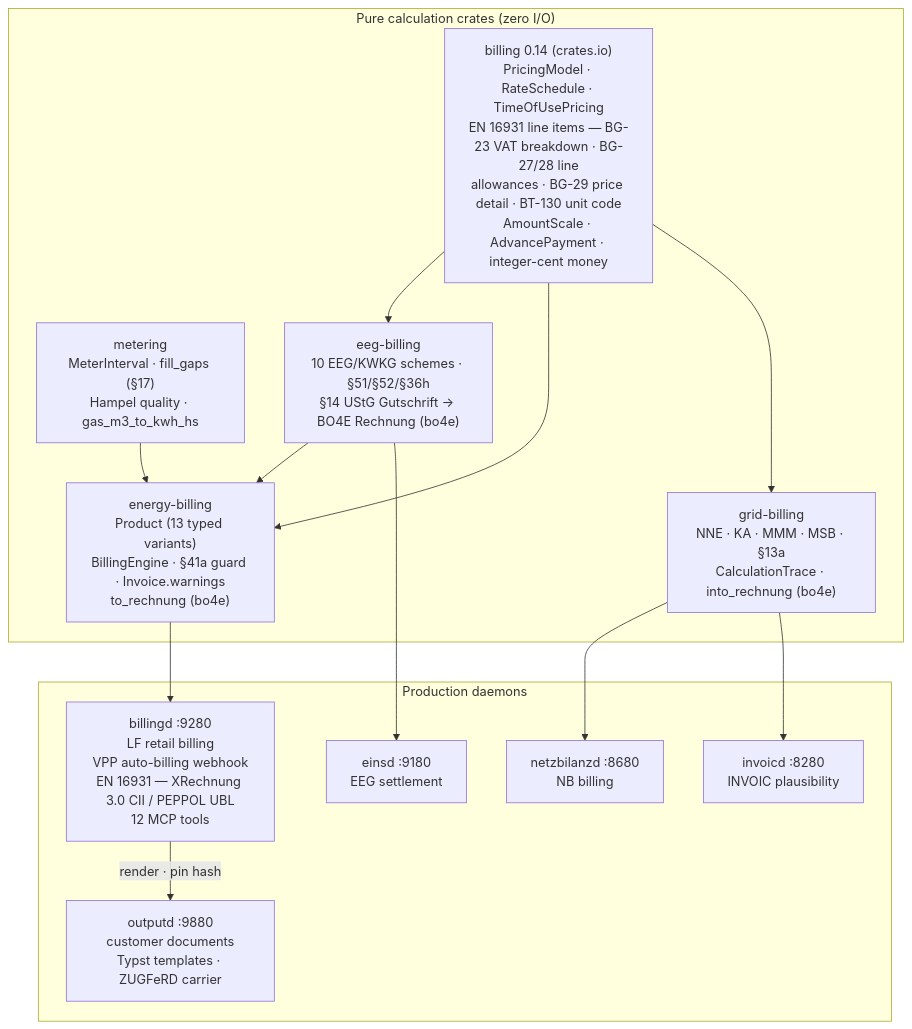
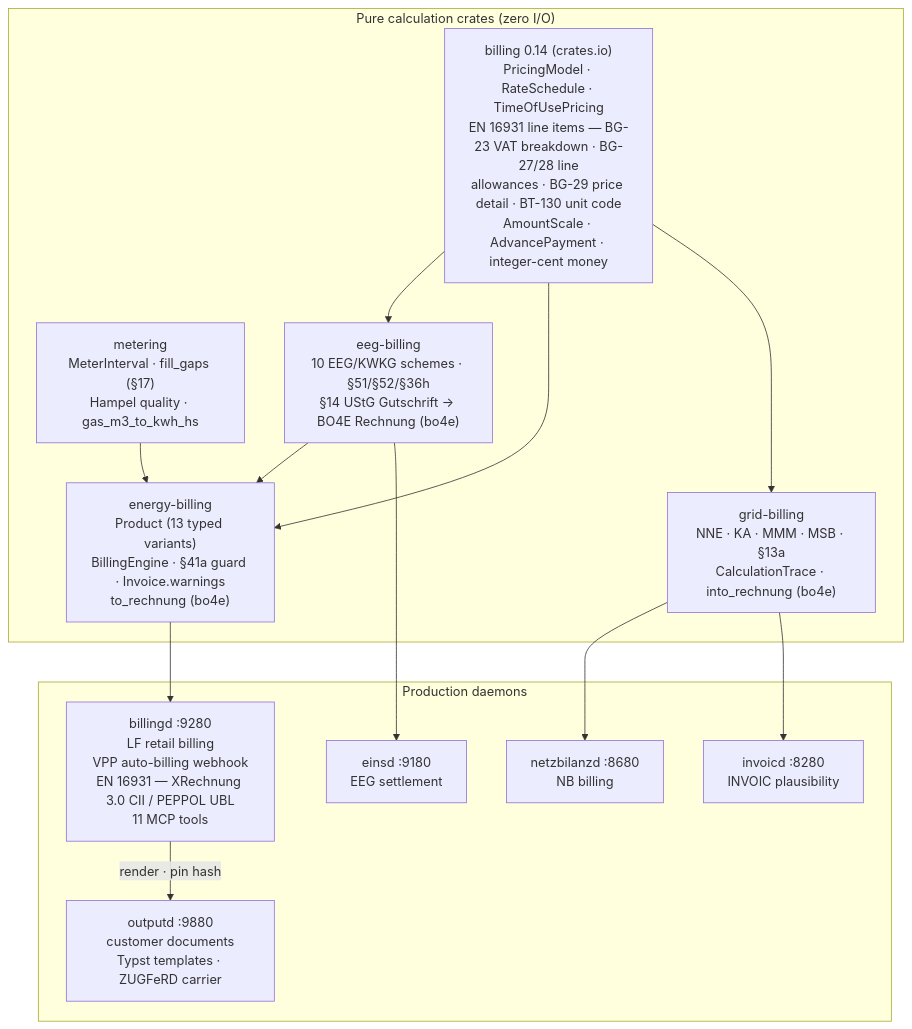
One commit to hupe1980/mako changed the third of 5 diagrams in site/content/docs/architecture/_index.md. Above: the diagram before and after it, drawn with Mermaid. The commit also changed 137 other files, not shown here.

````diff
--- a/site/content/docs/architecture/_index.md
+++ b/site/content/docs/architecture/_index.md
@@ -130,29 +130,29 @@
 ```mermaid
 graph TD
     subgraph pure ["Pure calculation crates (zero I/O)"]
         billing["billing 0.14 (crates.io)<br/>PricingModel · RateSchedule · TimeOfUsePricing<br/>EN 16931 line items — BG-23 VAT breakdown · BG-27/28 line<br/>allowances · BG-29 price detail · BT-130 unit code<br/>AmountScale · AdvancePayment · integer-cent money"]
         metering["metering<br/>MeterInterval · fill_gaps (§17)<br/>Hampel quality · gas_m3_to_kwh_hs"]
         eeg["eeg-billing<br/>10 EEG/KWKG schemes · §51/§52/§36h<br/>§14 UStG Gutschrift → BO4E Rechnung (bo4e)"]
         grid["grid-billing<br/>NNE · KA · MMM · MSB · §13a<br/>CalculationTrace · into_rechnung (bo4e)"]
         energy["energy-billing<br/>Product (13 typed variants)<br/>BillingEngine · §41a guard · Invoice.warnings<br/>to_rechnung (bo4e)"]
     end
 
     subgraph daemons ["Production daemons"]
         netzbilanzd["netzbilanzd :8680<br/>NB billing"]
         einsd["einsd :9180<br/>EEG settlement"]
-        billingd["billingd :9280<br/>LF retail billing<br/>VPP auto-billing webhook<br/>EN 16931 — XRechnung 3.0 CII / PEPPOL UBL<br/>12 MCP tools"]
+        billingd["billingd :9280<br/>LF retail billing<br/>VPP auto-billing webhook<br/>EN 16931 — XRechnung 3.0 CII / PEPPOL UBL<br/>11 MCP tools"]
         outputd["outputd :9880<br/>customer documents<br/>Typst templates · ZUGFeRD carrier"]
         invoicd["invoicd :8280<br/>INVOIC plausibility"]
     end
 
     billing --> eeg
     billing --> energy
     billing --> grid
     metering --> energy
     eeg --> energy
     eeg --> einsd
     grid --> netzbilanzd
     grid --> invoicd
     energy --> billingd
     billingd -->|render · pin hash| outputd
 ```
````
